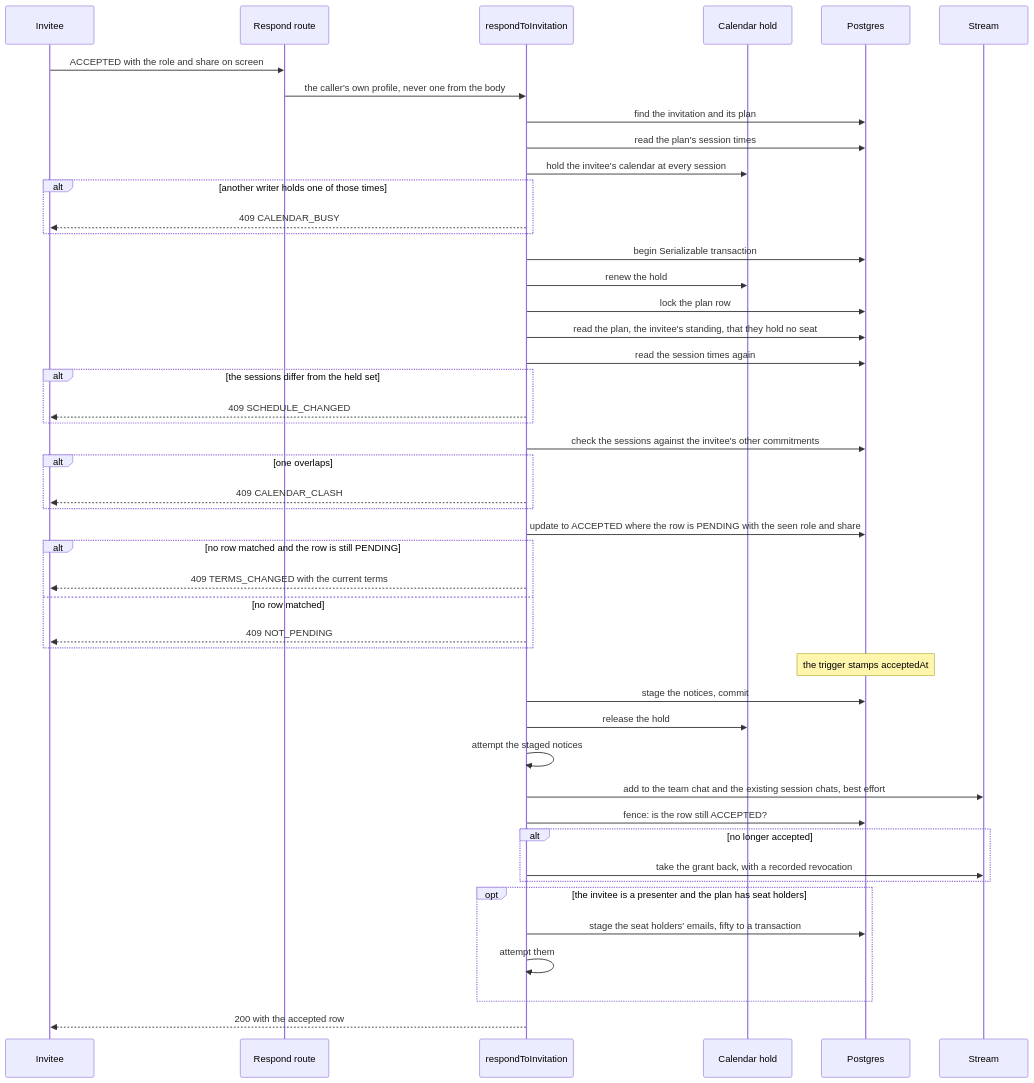
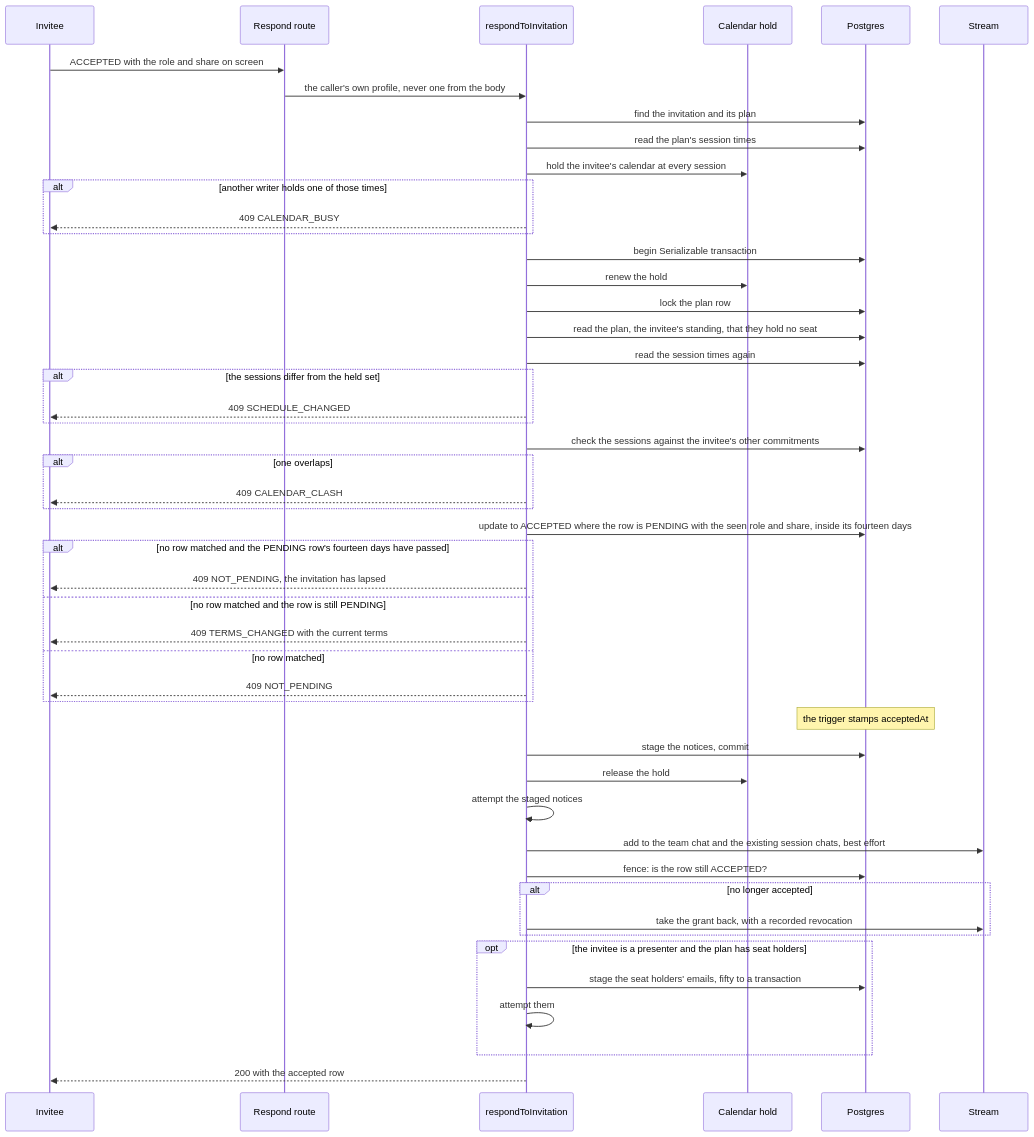
One commit to Practitionist/familiarise_web changed the second of 3 diagrams in docs/collaborators/06-api-and-lifecycle.md. Above: the diagram before and after it, drawn with Mermaid. The commit also changed other lines of this file and 2 other files, not shown here.

Commit message:
fix(collaborators): an invitation past its fourteen days cannot be accepted, checked in the write that accepts

````diff
--- a/docs/collaborators/06-api-and-lifecycle.md
+++ b/docs/collaborators/06-api-and-lifecycle.md
@@ -90,50 +90,52 @@
 ```mermaid
 sequenceDiagram
     participant I as Invitee
     participant R as Respond route
     participant S as respondToInvitation
     participant L as Calendar hold
     participant DB as Postgres
     participant ST as Stream
 
     I->>R: ACCEPTED with the role and share on screen
     R->>S: the caller's own profile, never one from the body
     S->>DB: find the invitation and its plan
     S->>DB: read the plan's session times
     S->>L: hold the invitee's calendar at every session
     alt another writer holds one of those times
         S-->>I: 409 CALENDAR_BUSY
     end
     S->>DB: begin Serializable transaction
     S->>L: renew the hold
     S->>DB: lock the plan row
     S->>DB: read the plan, the invitee's standing, that they hold no seat
     S->>DB: read the session times again
     alt the sessions differ from the held set
         S-->>I: 409 SCHEDULE_CHANGED
     end
     S->>DB: check the sessions against the invitee's other commitments
     alt one overlaps
         S-->>I: 409 CALENDAR_CLASH
     end
-    S->>DB: update to ACCEPTED where the row is PENDING with the seen role and share
-    alt no row matched and the row is still PENDING
+    S->>DB: update to ACCEPTED where the row is PENDING with the seen role and share, inside its fourteen days
+    alt no row matched and the PENDING row's fourteen days have passed
+        S-->>I: 409 NOT_PENDING, the invitation has lapsed
+    else no row matched and the row is still PENDING
         S-->>I: 409 TERMS_CHANGED with the current terms
     else no row matched
         S-->>I: 409 NOT_PENDING
     end
     Note over DB: the trigger stamps acceptedAt
     S->>DB: stage the notices, commit
     S->>L: release the hold
     S->>S: attempt the staged notices
     S->>ST: add to the team chat and the existing session chats, best effort
     S->>DB: fence: is the row still ACCEPTED?
     alt no longer accepted
         S->>ST: take the grant back, with a recorded revocation
     end
     opt the invitee is a presenter and the plan has seat holders
         S->>DB: stage the seat holders' emails, fifty to a transaction
         S->>S: attempt them
     end
     S-->>I: 200 with the accepted row
 ```
````
